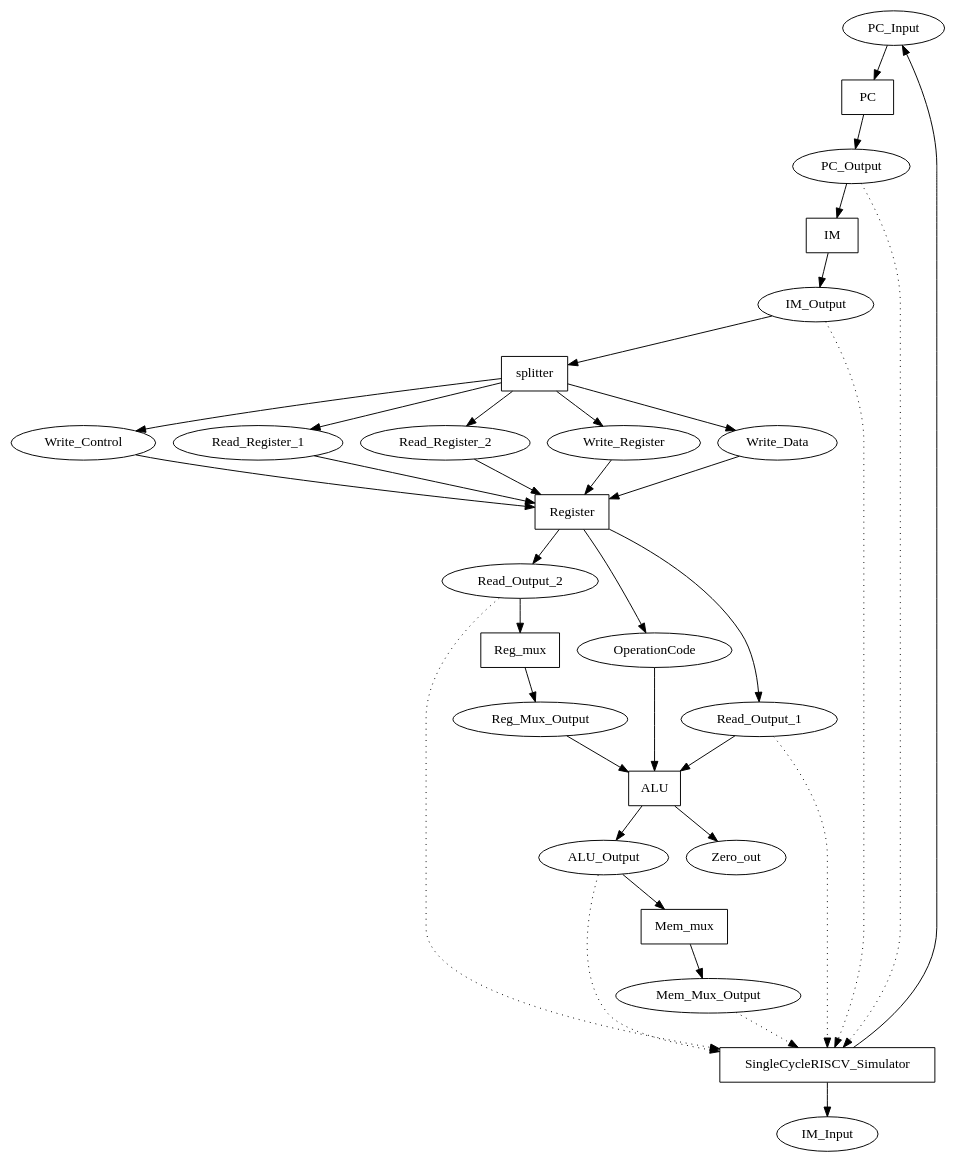
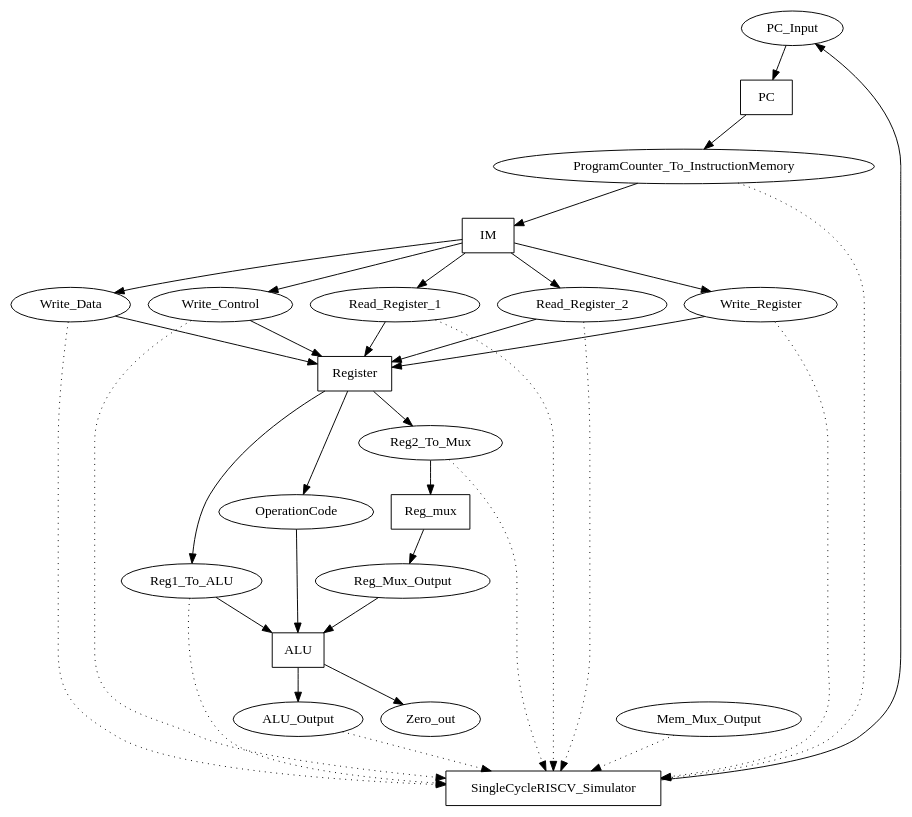
Before and after one commit to DanielRamyar/Master_Thesis: the diagram in SME_Implementations/SingleCycleRISCV/output/network.dot, drawn with Graphviz. The commit also changed 40 other files, not shown here.

```diff
--- a/SME_Implementations/SingleCycleRISCV/output/network.dot
+++ b/SME_Implementations/SingleCycleRISCV/output/network.dot
@@ -1,61 +1,56 @@
 digraph SingleCycleRISCV {
 "PC_Input" [shape=oval];
-"PC_Output" [shape=oval];
-"IM_Output" [shape=oval];
+"ProgramCounter_To_InstructionMemory" [shape=oval];
 "Read_Register_1" [shape=oval];
 "Read_Register_2" [shape=oval];
 "Write_Register" [shape=oval];
 "Write_Data" [shape=oval];
 "Write_Control" [shape=oval];
 "OperationCode" [shape=oval];
-"Read_Output_1" [shape=oval];
+"Reg1_To_ALU" [shape=oval];
 "Reg_Mux_Output" [shape=oval];
-"Read_Output_2" [shape=oval];
+"Reg2_To_Mux" [shape=oval];
 "ALU_Output" [shape=oval];
-"IM_Input" [shape=oval];
 "Zero_out" [shape=oval];
 "Mem_Mux_Output" [shape=oval];
 "PC" [shape=box];
 "IM" [shape=box];
-"splitter" [shape=box];
 "Register" [shape=box];
 "ALU" [shape=box];
 "Reg_mux" [shape=box];
-"Mem_mux" [shape=box];
 "SingleCycleRISCV_Simulator" [shape=box];
 "PC_Input" -> "PC";
-"PC_Output" -> "IM";
-"IM_Output" -> "splitter";
+"ProgramCounter_To_InstructionMemory" -> "IM";
 "Read_Register_1" -> "Register";
 "Read_Register_2" -> "Register";
 "Write_Register" -> "Register";
 "Write_Data" -> "Register";
 "Write_Control" -> "Register";
 "OperationCode" -> "ALU";
-"Read_Output_1" -> "ALU";
+"Reg1_To_ALU" -> "ALU";
 "Reg_Mux_Output" -> "ALU";
-"Read_Output_2" -> "Reg_mux";
-"ALU_Output" -> "Mem_mux";
+"Reg2_To_Mux" -> "Reg_mux";
 "SingleCycleRISCV_Simulator" -> "PC_Input";
-"SingleCycleRISCV_Simulator" -> "IM_Input";
-"PC" -> "PC_Output";
-"IM" -> "IM_Output";
-"splitter" -> "Read_Register_1";
-"splitter" -> "Read_Register_2";
-"splitter" -> "Write_Register";
-"splitter" -> "Write_Data";
-"splitter" -> "Write_Control";
-"Register" -> "Read_Output_1";
-"Register" -> "Read_Output_2";
+"PC" -> "ProgramCounter_To_InstructionMemory";
+"IM" -> "Read_Register_1";
+"IM" -> "Read_Register_2";
+"IM" -> "Write_Register";
+"IM" -> "Write_Data";
+"IM" -> "Write_Control";
+"Register" -> "Reg1_To_ALU";
+"Register" -> "Reg2_To_Mux";
 "Register" -> "OperationCode";
 "ALU" -> "ALU_Output";
 "ALU" -> "Zero_out";
 "Reg_mux" -> "Reg_Mux_Output";
-"Mem_mux" -> "Mem_Mux_Output";
-"PC_Output" -> "SingleCycleRISCV_Simulator" [style=dotted];
-"IM_Output" -> "SingleCycleRISCV_Simulator" [style=dotted];
-"Read_Output_1" -> "SingleCycleRISCV_Simulator" [style=dotted];
-"Read_Output_2" -> "SingleCycleRISCV_Simulator" [style=dotted];
+"ProgramCounter_To_InstructionMemory" -> "SingleCycleRISCV_Simulator" [style=dotted];
+"Read_Register_1" -> "SingleCycleRISCV_Simulator" [style=dotted];
+"Read_Register_2" -> "SingleCycleRISCV_Simulator" [style=dotted];
+"Write_Register" -> "SingleCycleRISCV_Simulator" [style=dotted];
+"Write_Data" -> "SingleCycleRISCV_Simulator" [style=dotted];
+"Write_Control" -> "SingleCycleRISCV_Simulator" [style=dotted];
+"Reg1_To_ALU" -> "SingleCycleRISCV_Simulator" [style=dotted];
+"Reg2_To_Mux" -> "SingleCycleRISCV_Simulator" [style=dotted];
 "ALU_Output" -> "SingleCycleRISCV_Simulator" [style=dotted];
 "Mem_Mux_Output" -> "SingleCycleRISCV_Simulator" [style=dotted];
 }
```
